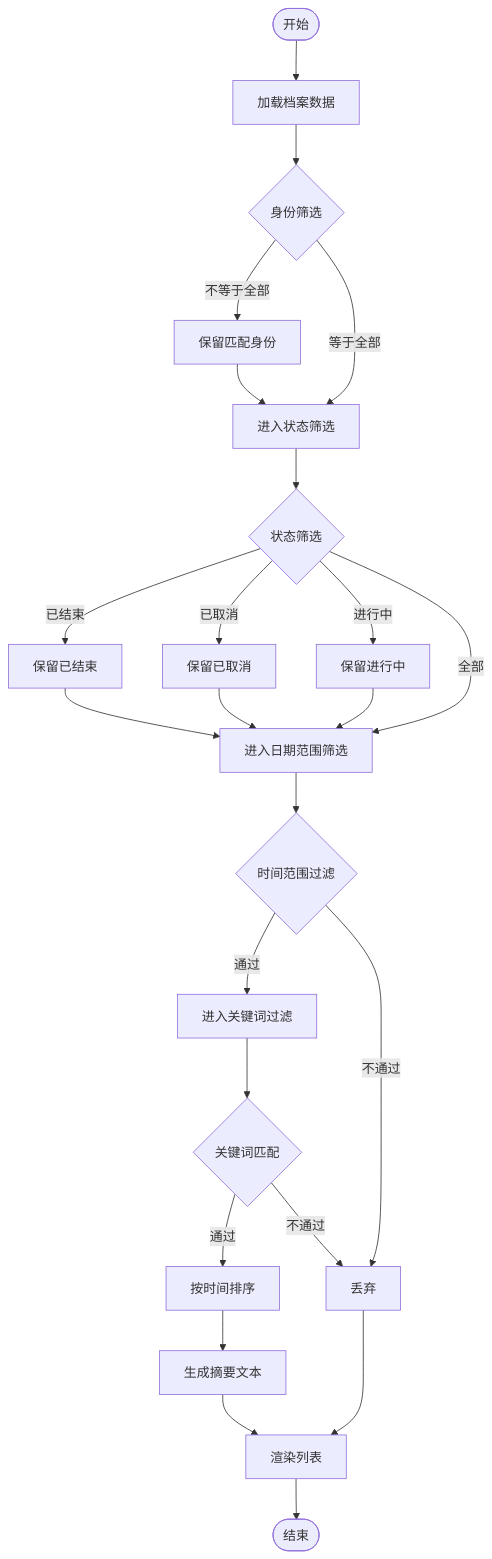
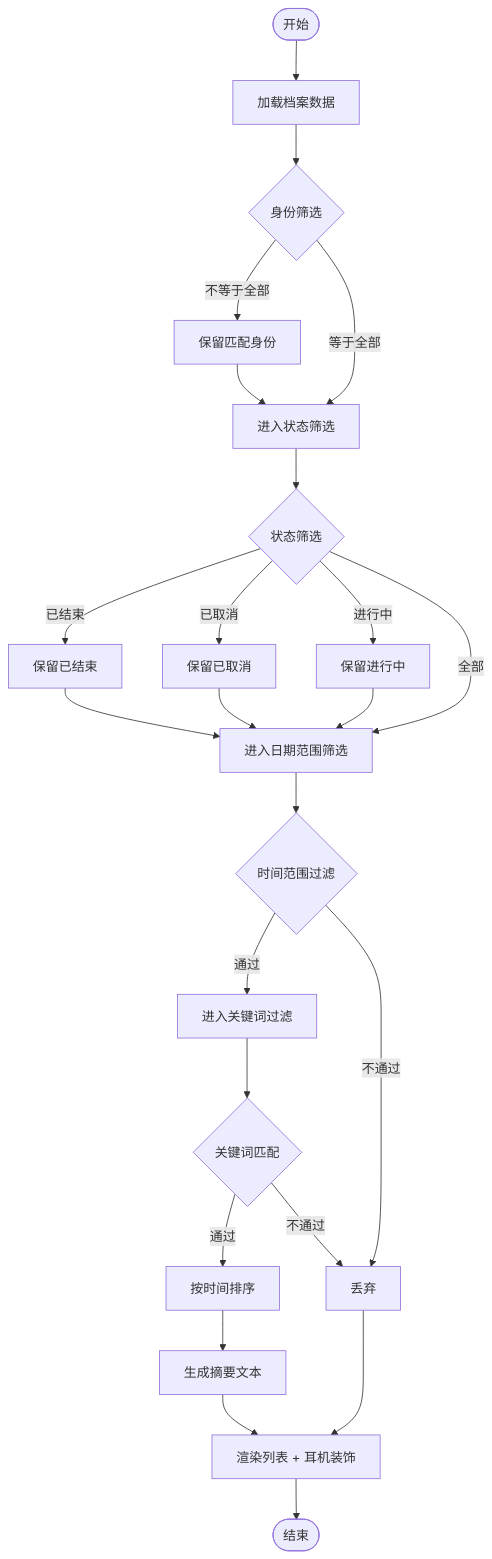
Before and after one commit to cwxiao/zugeju: the third of 6 diagrams in .qoder/repowiki/zh/content/前端开发/页面组件开发/活动列表页面开发.md, drawn with Mermaid. The commit also changed other lines of this file and 39 other files, not shown here.

First line of the commit message:
前端优化：压缩UI装饰图至38KB + 精简各页面冗余文案

````diff
--- a/.qoder/repowiki/zh/content/前端开发/页面组件开发/活动列表页面开发.md
+++ b/.qoder/repowiki/zh/content/前端开发/页面组件开发/活动列表页面开发.md
@@ -171,26 +194,26 @@
 ```mermaid
 flowchart TD
 Start(["开始"]) --> Load["加载档案数据"]
 Load --> FilterRole{"身份筛选"}
 FilterRole --> |不等于全部| RolePass["保留匹配身份"]
 FilterRole --> |等于全部| StatusCheck["进入状态筛选"]
 RolePass --> StatusCheck
 StatusCheck --> FilterStatus{"状态筛选"}
 FilterStatus --> |已结束| KeepFinished["保留已结束"]
 FilterStatus --> |已取消| KeepCancelled["保留已取消"]
 FilterStatus --> |进行中| KeepActive["保留进行中"]
 FilterStatus --> |全部| DateCheck["进入日期范围筛选"]
 KeepFinished --> DateCheck
 KeepCancelled --> DateCheck
 KeepActive --> DateCheck
 DateCheck --> FilterDate{"时间范围过滤"}
 FilterDate --> |通过| KeywordCheck["进入关键词过滤"]
 FilterDate --> |不通过| Drop["丢弃"]
 KeywordCheck --> FilterKeyword{"关键词匹配"}
 FilterKeyword --> |通过| Sort["按时间排序"]
 FilterKeyword --> |不通过| Drop
 Sort --> Summary["生成摘要文本"]
-Summary --> Render["渲染列表"]
+Summary --> Render["渲染列表 + 耳机装饰"]
 Drop --> Render
 Render --> End(["结束"])
 ```
````
